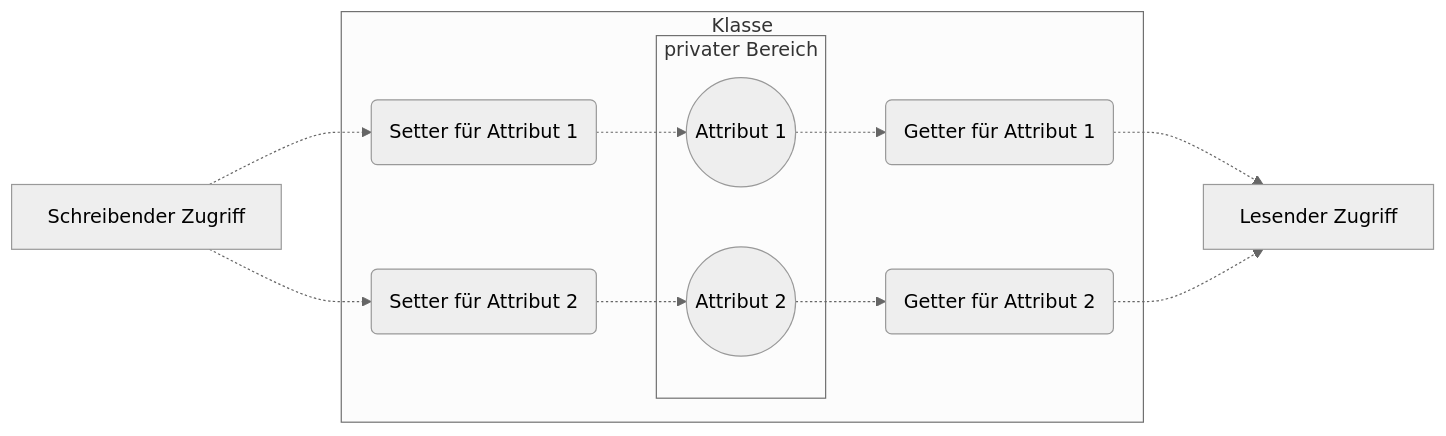
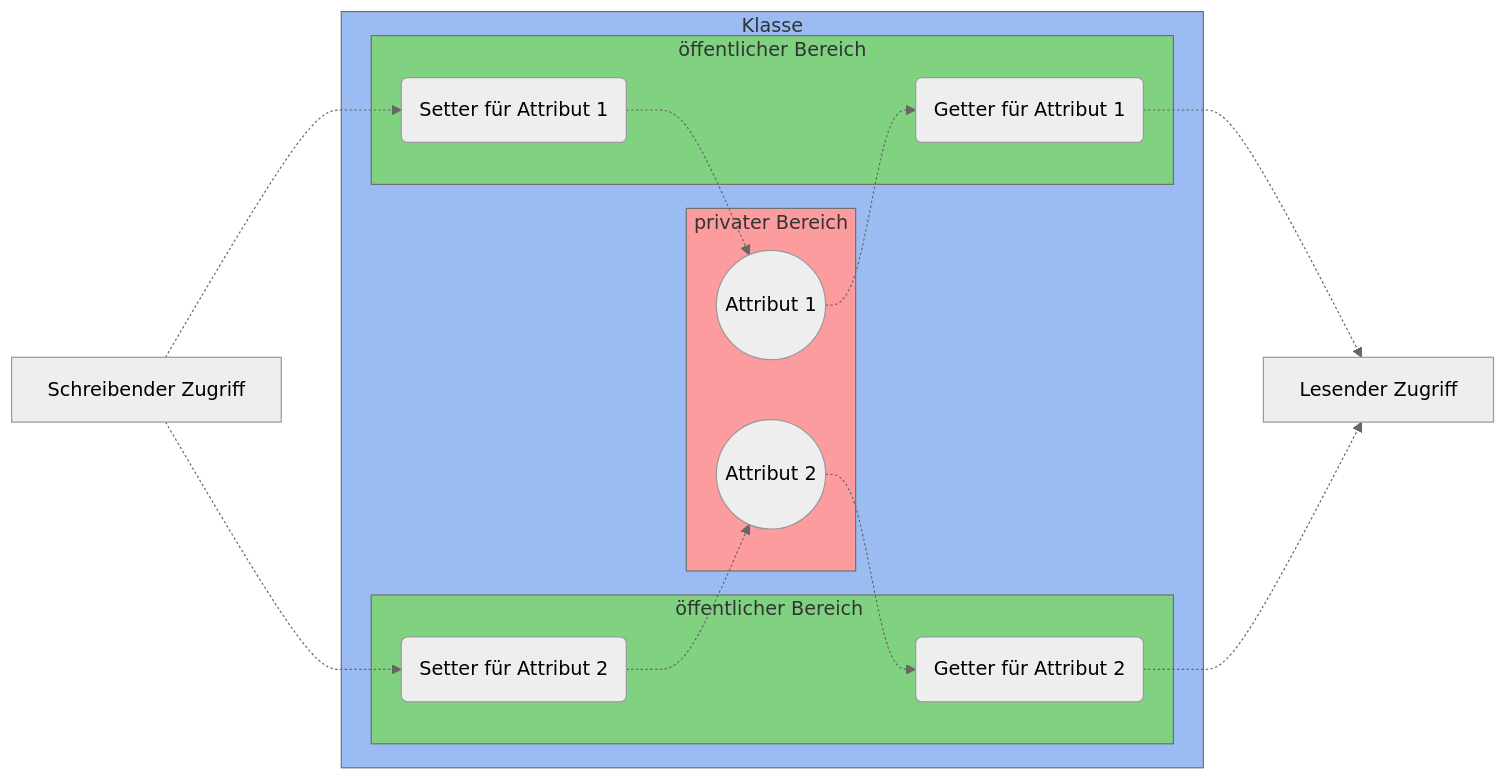
Before and after one commit to appenmaier/s4hana: the second of 2 diagrams in docs/documentation/abap-objects/abap-objects.md, drawn with Mermaid (neutral theme). The commit also changed 15 other files, not shown here.

Commit message:
update cookbook and mermaid

````diff
--- a/docs/documentation/abap-objects/abap-objects.md
+++ b/docs/documentation/abap-objects/abap-objects.md
@@ -43,17 +43,26 @@
 ```mermaid
 flowchart LR
     write[Schreibender Zugriff] -.-> setter1
     write -.-> setter2
     getter1 -.-> read[Lesender Zugriff]
     getter2 -.-> read
     subgraph Klasse
-        subgraph privater Bereich
+        subgraph privater&#160Bereich
             attribut1((Attribut 1))
             attribut2((Attribut 2))
         end
-        setter1(Setter für Attribut 1) -.-> attribut1
-        attribut1 -.-> getter1(Getter für Attribut 1)
-        setter2(Setter für Attribut 2) -.-> attribut2
-        attribut2 -.-> getter2(Getter für Attribut 2)
+        subgraph öffentlicher&#160Bereich
+            setter1(Setter für Attribut 1) -.-> attribut1
+            attribut1 -.-> getter1(Getter für Attribut 1)
+        end
+        subgraph öffentlicher&#160Bereich&#160
+            setter2(Setter für Attribut 2) -.-> attribut2
+            attribut2 -.-> getter2(Getter für Attribut 2)
+        end
     end
+
+    style Klasse fill:#9abcf2
+    style privater&#160Bereich fill:#fd9c9f
+    style öffentlicher&#160Bereich fill:#80d280
+    style öffentlicher&#160Bereich&#160 fill:#80d280
 ```
````
